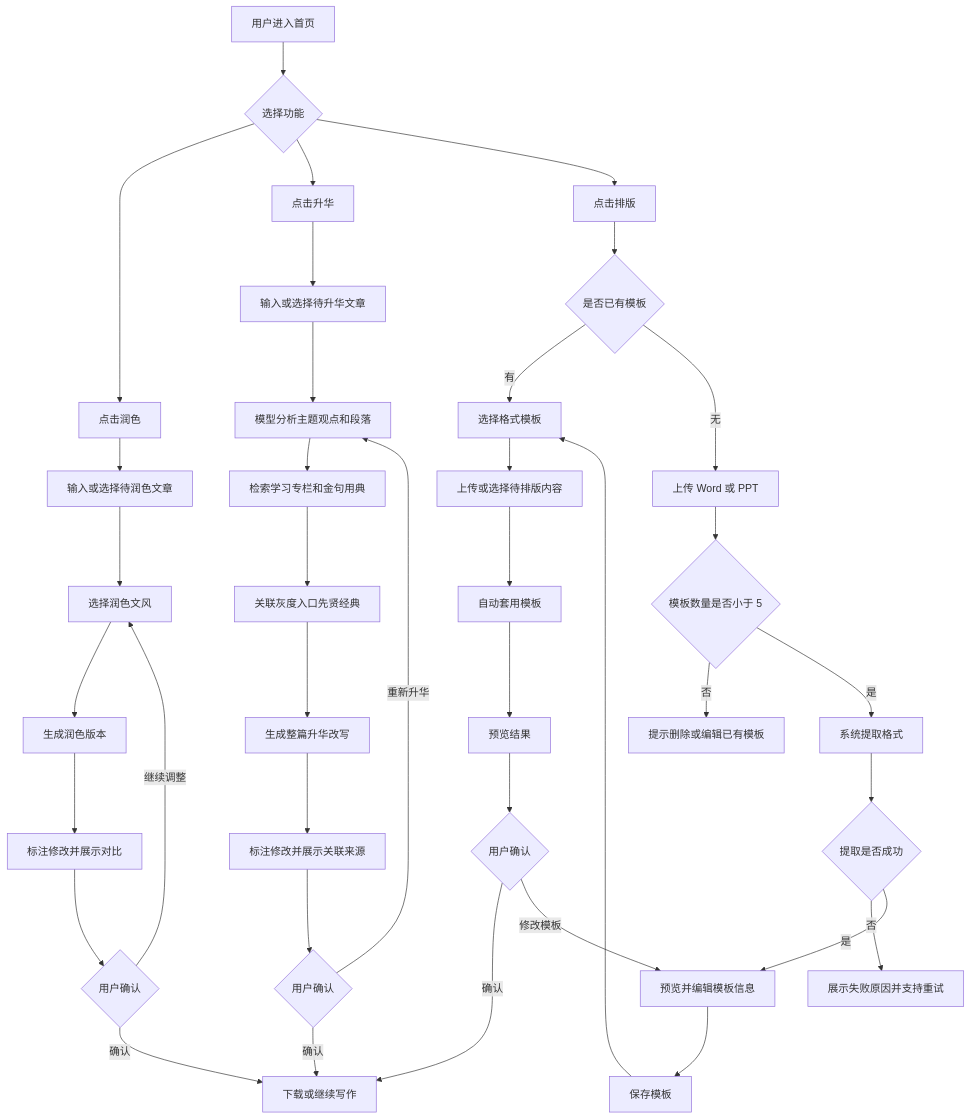
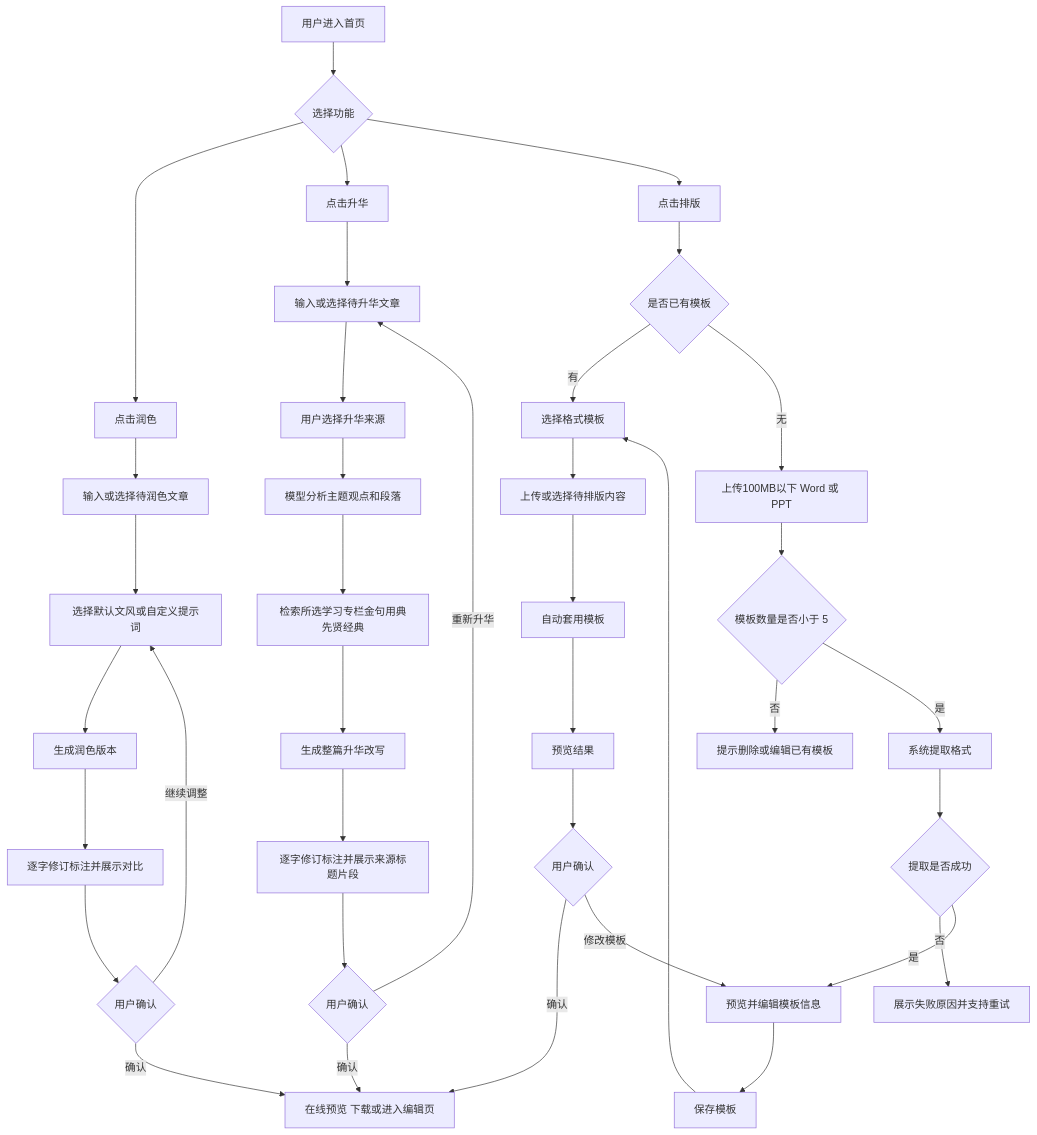
One commit to wfpepsi/mlt changed the diagram in PRD.md. Above: the diagram before and after it, drawn with Mermaid. The commit also changed other lines of this file, not shown here.

````diff
--- a/PRD.md
+++ b/PRD.md
@@ -59,43 +60,43 @@
 ```mermaid
 flowchart TD
     A[用户进入首页] --> B{选择功能}
     B --> C[点击润色]
     B --> D[点击升华]
     B --> E[点击排版]
 
     C --> F[输入或选择待润色文章]
-    F --> G[选择润色文风]
+    F --> G[选择默认文风或自定义提示词]
     G --> H[生成润色版本]
-    H --> I[标注修改并展示对比]
+    H --> I[逐字修订标注并展示对比]
     I --> J{用户确认}
-    J -->|确认| K[下载或继续写作]
+    J -->|确认| K[在线预览 下载或进入编辑页]
     J -->|继续调整| G
 
     D --> L[输入或选择待升华文章]
-    L --> M[模型分析主题观点和段落]
-    M --> N[检索学习专栏和金句用典]
-    N --> O[关联灰度入口先贤经典]
+    L --> M[用户选择升华来源]
+    M --> N[模型分析主题观点和段落]
+    N --> O[检索所选学习专栏金句用典先贤经典]
     O --> P[生成整篇升华改写]
-    P --> Q[标注修改并展示关联来源]
+    P --> Q[逐字修订标注并展示来源标题片段]
     Q --> R{用户确认}
     R -->|确认| K
-    R -->|重新升华| M
+    R -->|重新升华| L
 
     E --> S{是否已有模板}
     S -->|有| T[选择格式模板]
-    S -->|无| U[上传 Word 或 PPT]
+    S -->|无| U[上传100MB以下 Word 或 PPT]
     U --> V{模板数量是否小于 5}
     V -->|否| W[提示删除或编辑已有模板]
     V -->|是| X[系统提取格式]
     X --> Y{提取是否成功}
     Y -->|否| Z[展示失败原因并支持重试]
     Y -->|是| AA[预览并编辑模板信息]
     AA --> AB[保存模板]
     AB --> T
     T --> AC[上传或选择待排版内容]
     AC --> AD[自动套用模板]
     AD --> AE[预览结果]
     AE --> AF{用户确认}
     AF -->|确认| K
     AF -->|修改模板| AA
 ```
````
